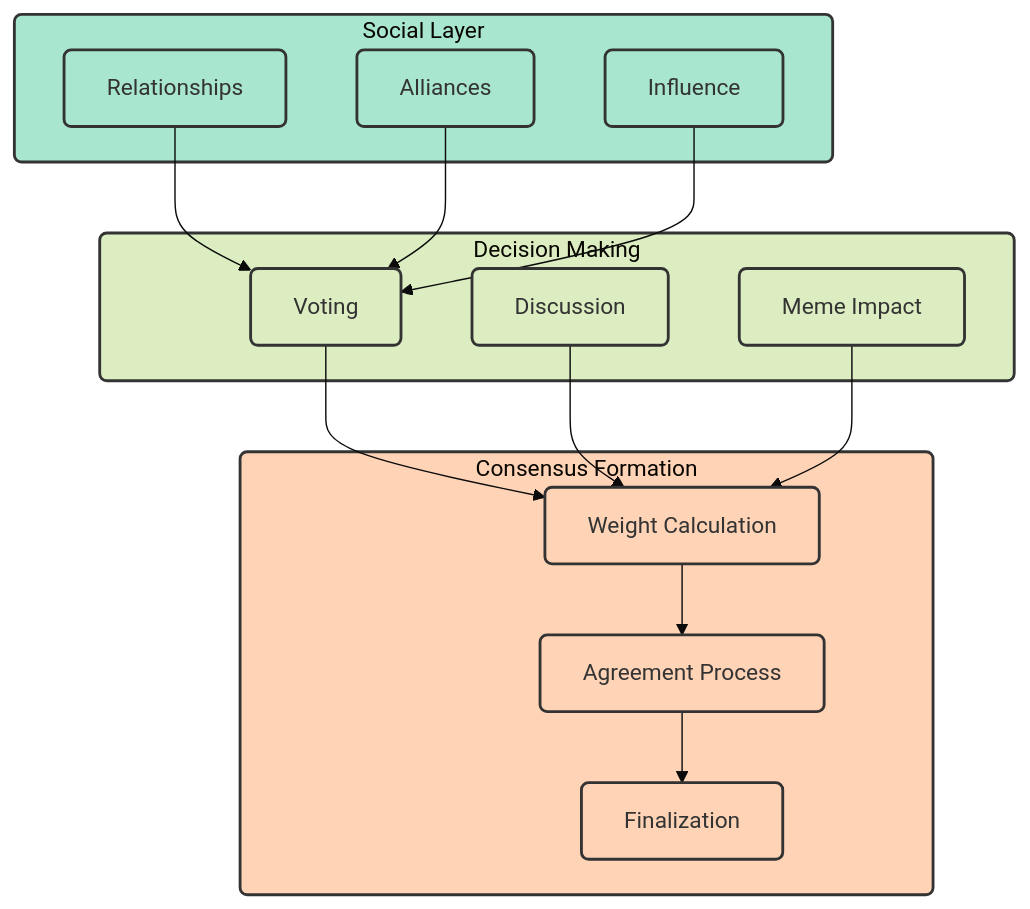
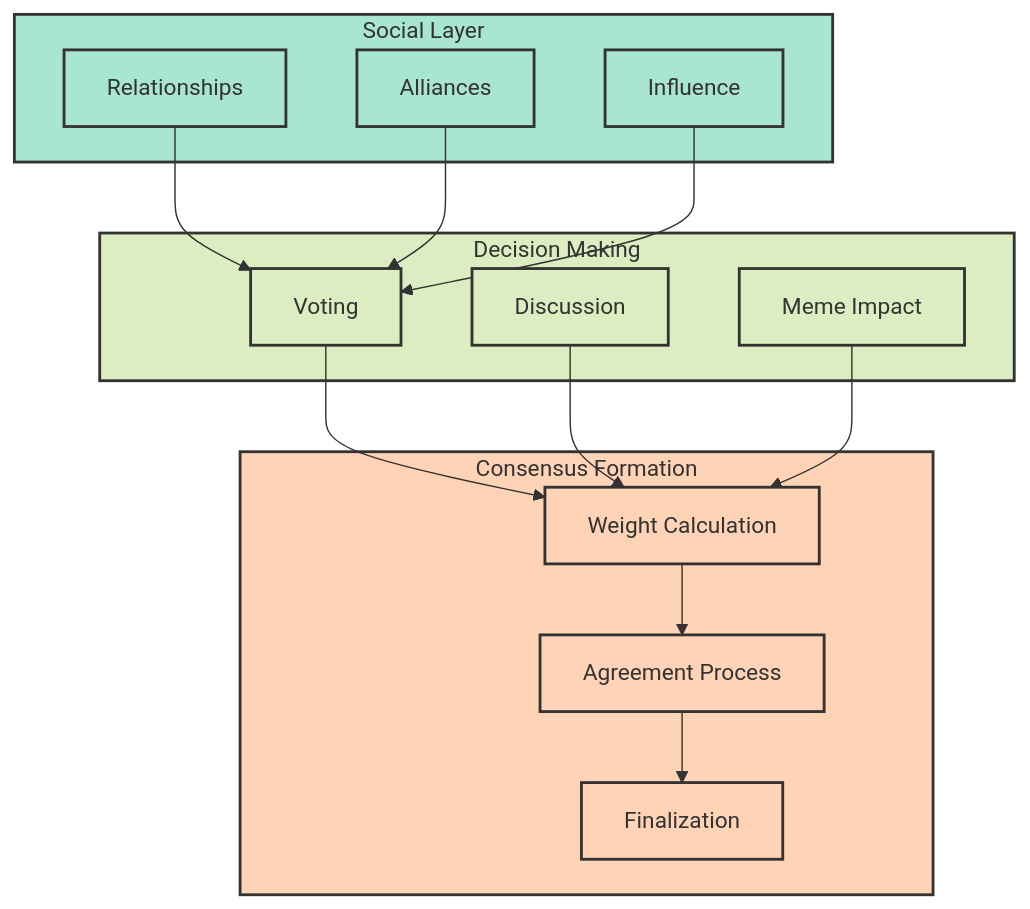
Before and after one commit to SumeetChougule/chaoschain: the sixth of 6 diagrams in docs/introduction/architecture.md, drawn with Mermaid. The commit also changed other lines of this file, not shown here.

Commit message:
Simplify Mermaid syntax for better GitBook compatibility

````diff
--- a/docs/introduction/architecture.md
+++ b/docs/introduction/architecture.md
@@ -249,39 +245,38 @@
 ```mermaid
-%%{init: {'theme': 'base', 'themeVariables': { 'fontSize': '16px', 'fontFamily': 'arial' }}}%%
 flowchart TB
     subgraph Social["Social Layer"]
         R["Relationships"]
         A["Alliances"]
         I["Influence"]
     end
     
     subgraph Decision["Decision Making"]
         V["Voting"]
         D["Discussion"]
         M["Meme Impact"]
     end
     
     subgraph Formation["Consensus Formation"]
         W["Weight Calculation"]
         AG["Agreement Process"]
         F["Finalization"]
     end
     
     R --> V
     A --> V
     I --> V
     V --> W
     D --> W
     M --> W
     W --> AG
     AG --> F
     
-    classDef default fill:#f8f9fa,stroke:#333,stroke-width:2px,rx:5,ry:5
-    classDef social fill:#a8e6cf,stroke:#333,stroke-width:2px,rx:5,ry:5
-    classDef decision fill:#dcedc1,stroke:#333,stroke-width:2px,rx:5,ry:5
-    classDef formation fill:#ffd3b6,stroke:#333,stroke-width:2px,rx:5,ry:5
+    classDef default fill:#f8f9fa,stroke:#333,stroke-width:2px
+    classDef social fill:#a8e6cf,stroke:#333,stroke-width:2px
+    classDef decision fill:#dcedc1,stroke:#333,stroke-width:2px
+    classDef formation fill:#ffd3b6,stroke:#333,stroke-width:2px
     
     class R,A,I,Social social
     class V,D,M,Decision decision
     class W,AG,F,Formation formation
 ``` 
````
